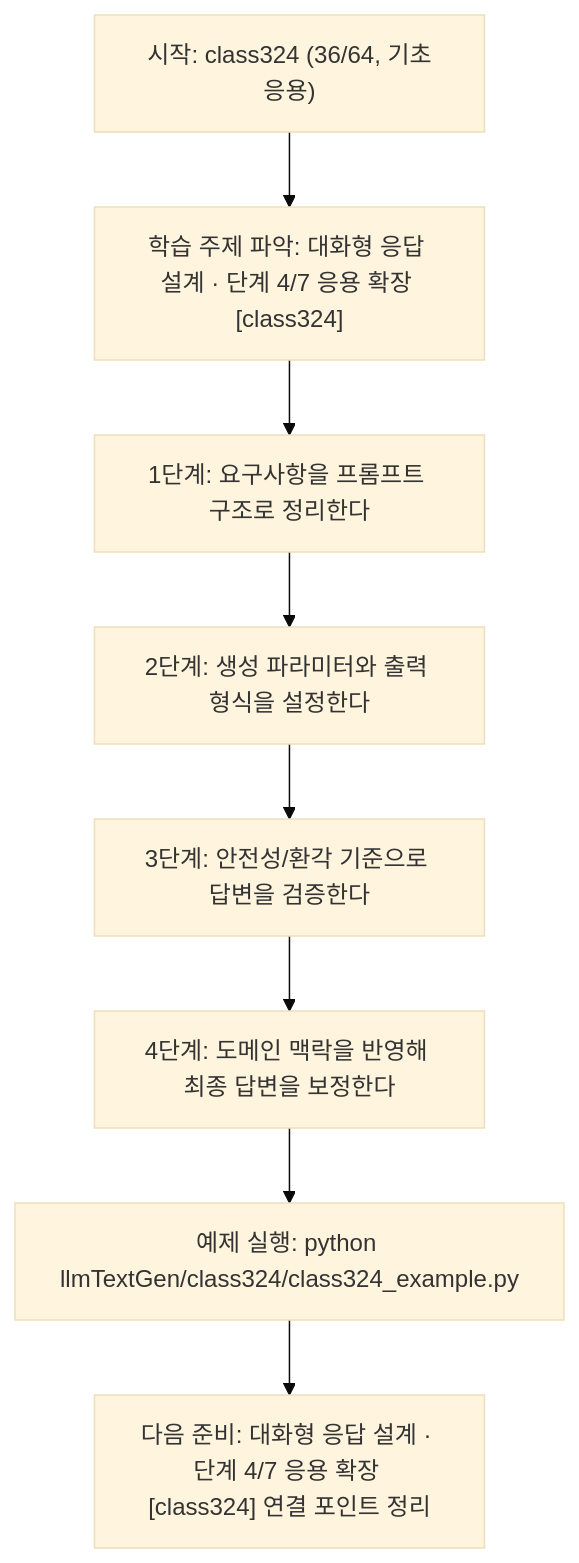
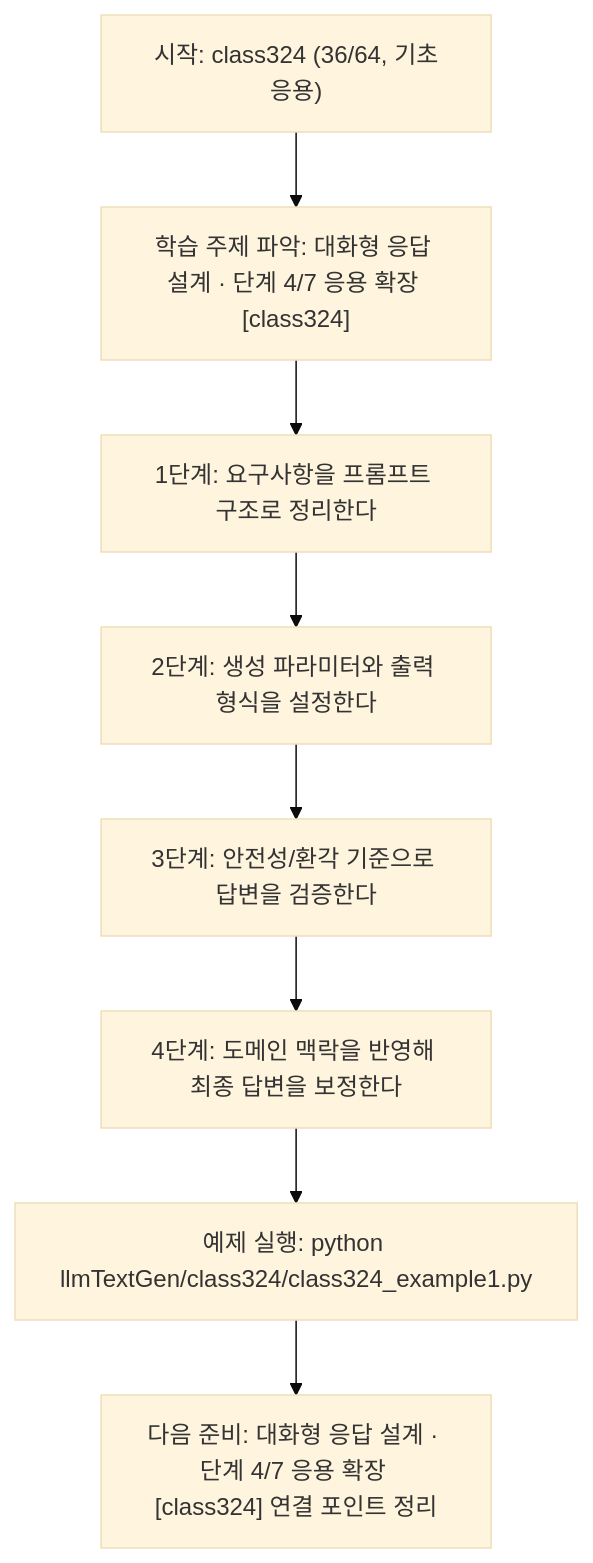
Before and after one commit to edumgt/Python-AI_Agent-Class: the diagram in llmTextGen/class324/class324.md, drawn with Mermaid (base theme). The commit also changed other lines of this file and 2959 other files, not shown here.

````diff
--- a/llmTextGen/class324/class324.md
+++ b/llmTextGen/class324/class324.md
@@ -114,18 +114,18 @@
 ```mermaid
 flowchart TD
 N1["시작: class324 (36/64, 기초응용)"]
 N2["학습 주제 파악: 대화형 응답 설계 · 단계 4/7 응용 확장 [class324]"]
 N3["1단계: 요구사항을 프롬프트 구조로 정리한다"]
 N4["2단계: 생성 파라미터와 출력 형식을 설정한다"]
 N5["3단계: 안전성/환각 기준으로 답변을 검증한다"]
 N6["4단계: 도메인 맥락을 반영해 최종 답변을 보정한다"]
-N7["예제 실행: python llmTextGen/class324/class324_example.py"]
+N7["예제 실행: python llmTextGen/class324/class324_example1.py"]
 N8["다음 준비: 대화형 응답 설계 · 단계 4/7 응용 확장 [class324] 연결 포인트 정리"]
 N1 --> N2
 N2 --> N3
 N3 --> N4
 N4 --> N5
 N5 --> N6
 N6 --> N7
 N7 --> N8
 ```
````
